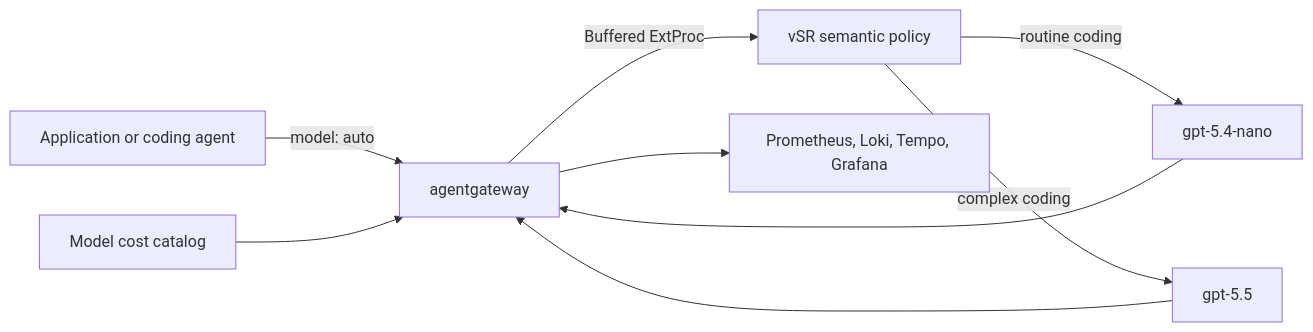
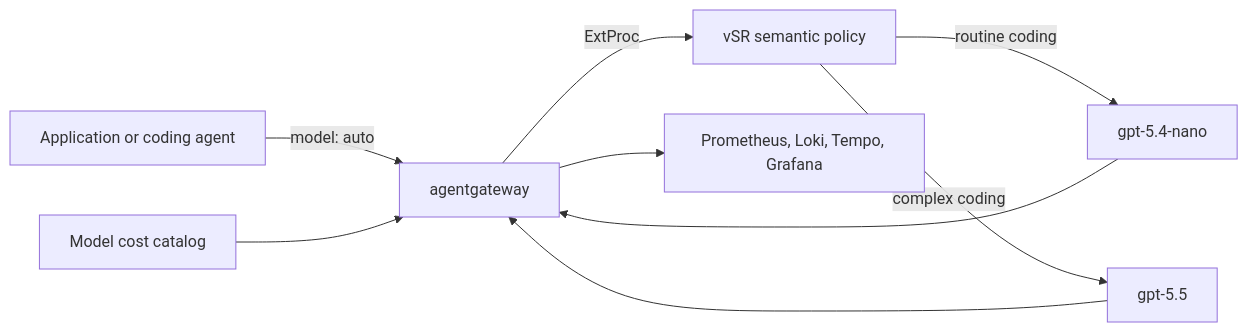
One commit to danehans/agentgateway-demos changed the diagram in cost-based-semantic-routing/README.md. Above: the diagram before and after it, drawn with Mermaid. The commit also changed other lines of this file and 5 other files, not shown here.

````diff
--- a/cost-based-semantic-routing/README.md
+++ b/cost-based-semantic-routing/README.md
@@ -21,11 +21,11 @@
 ```mermaid
 flowchart LR
     A[Application or coding agent] -->|model: auto| G[agentgateway]
-    G -->|Buffered ExtProc| S[vSR semantic policy]
+    G -->|ExtProc| S[vSR semantic policy]
     S -->|routine coding| L[gpt-5.4-nano]
     S -->|complex coding| H[gpt-5.5]
     L --> G
     H --> G
     C[Model cost catalog] --> G
     G --> O[Prometheus, Loki, Tempo, Grafana]
 ```
````
